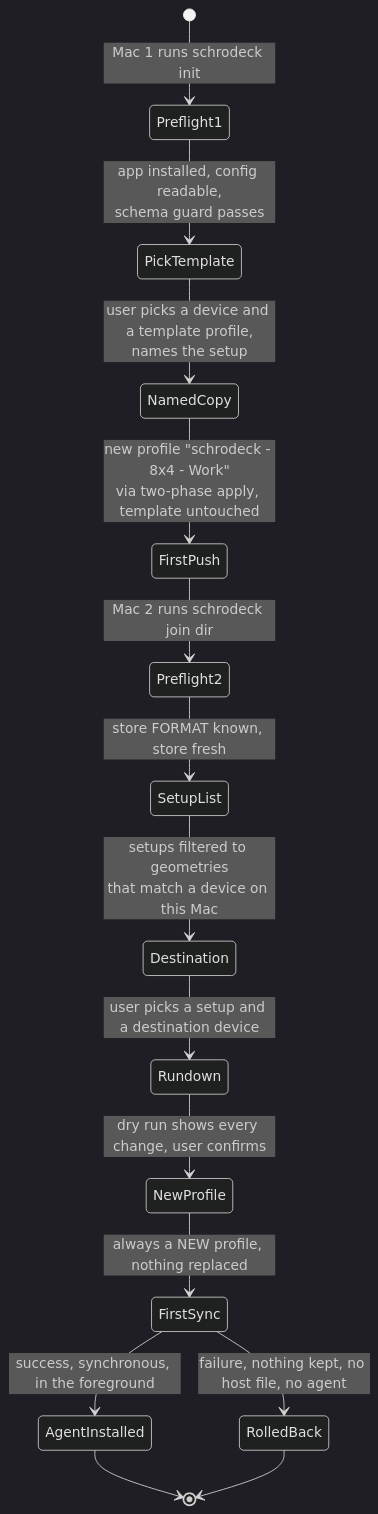
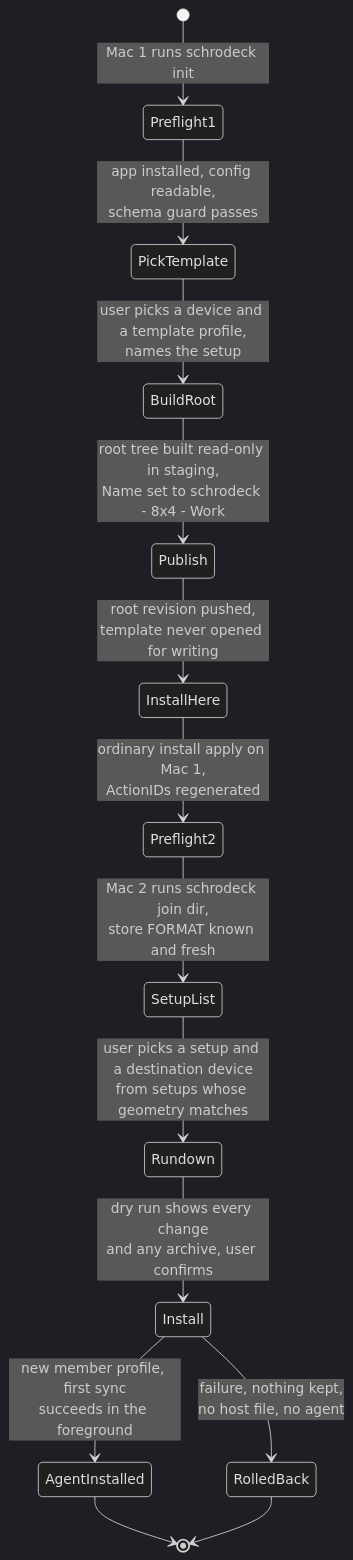
The diagram in docs/adr/0022-onboarding-init-and-join.md (csmarshall/mac-streamdeck-sync), drawn with Mermaid (dark theme) before and after one commit. The commit also changed other lines of this file and 16 other files, not shown here.

Commit message:
docs: review round 5 fixes: init publish-then-install, ActionIDs regenerated per install, archive-on-rejoin, F53-F57

````diff
--- a/docs/adr/0022-onboarding-init-and-join.md
+++ b/docs/adr/0022-onboarding-init-and-join.md
@@ -11,18 +11,17 @@
 ```mermaid
 stateDiagram-v2
     direction TB
     [*] --> Preflight1: Mac 1 runs schrodeck init
     Preflight1 --> PickTemplate: app installed, config readable,<br/>schema guard passes
-    PickTemplate --> NamedCopy: user picks a device and a template profile,<br/>names the setup
-    NamedCopy --> FirstPush: new profile "schrodeck - 8x4 - Work"<br/>via two-phase apply, template untouched
-    FirstPush --> Preflight2: Mac 2 runs schrodeck join dir
-    Preflight2 --> SetupList: store FORMAT known, store fresh
-    SetupList --> Destination: setups filtered to geometries<br/>that match a device on this Mac
-    Destination --> Rundown: user picks a setup and a destination device
-    Rundown --> NewProfile: dry run shows every change, user confirms
-    NewProfile --> FirstSync: always a NEW profile, nothing replaced
-    FirstSync --> AgentInstalled: success, synchronous, in the foreground
-    FirstSync --> RolledBack: failure, nothing kept, no host file, no agent
+    PickTemplate --> BuildRoot: user picks a device and a template profile,<br/>names the setup
+    BuildRoot --> Publish: root tree built read-only in staging,<br/>Name set to schrodeck - 8x4 - Work
+    Publish --> InstallHere: root revision pushed,<br/>template never opened for writing
+    InstallHere --> Preflight2: ordinary install apply on Mac 1,<br/>ActionIDs regenerated
+    Preflight2 --> SetupList: Mac 2 runs schrodeck join dir,<br/>store FORMAT known and fresh
+    SetupList --> Rundown: user picks a setup and a destination device<br/>from setups whose geometry matches
+    Rundown --> Install: dry run shows every change<br/>and any archive, user confirms
+    Install --> AgentInstalled: new member profile, first sync<br/>succeeds in the foreground
+    Install --> RolledBack: failure, nothing kept,<br/>no host file, no agent
     AgentInstalled --> [*]
     RolledBack --> [*]
 ```
````
